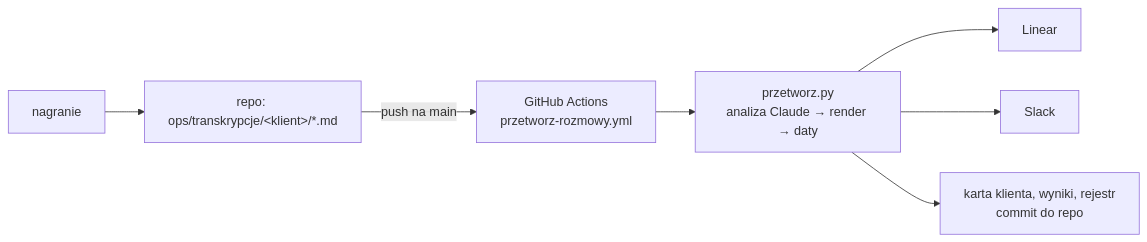
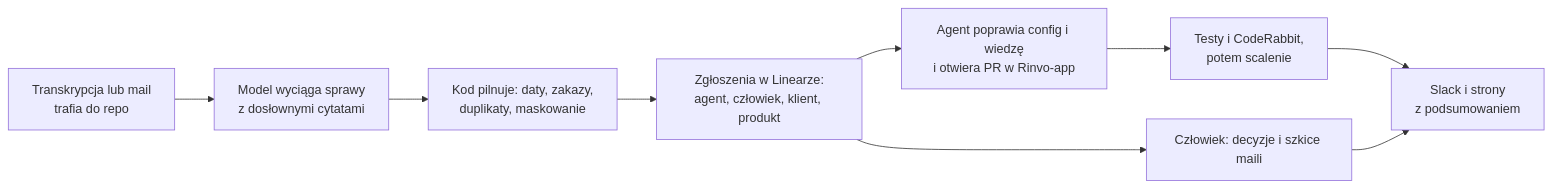
Before and after one commit to Rembolekk/Rinvo: the diagram in README.md, drawn with Mermaid. The commit also changed other lines of this file and 9 other files, not shown here.

````diff
--- a/README.md
+++ b/README.md
@@ -221,9 +10,11 @@
 ```mermaid
 flowchart LR
-    A[nagranie] --> B[repo: ops/transkrypcje/&lt;klient&gt;/*.md]
-    B -->|push na main| C[GitHub Actions<br/>przetworz-rozmowy.yml]
-    C --> D["przetworz.py<br/>analiza Claude → render → daty"]
-    D --> E[Linear]
-    D --> F[Slack]
-    D --> G[karta klienta, wyniki, rejestr<br/>commit do repo]
+    A[Transkrypcja lub mail<br/>trafia do repo] --> B[Model wyciąga sprawy<br/>z dosłownymi cytatami]
+    B --> C[Kod pilnuje: daty, zakazy,<br/>duplikaty, maskowanie]
+    C --> D[Zgłoszenia w Linearze:<br/>agent, człowiek, klient, produkt]
+    D --> E[Agent poprawia config i wiedzę<br/>i otwiera PR w Rinvo-app]
+    E --> F[Testy i CodeRabbit,<br/>potem scalenie]
+    D --> G[Człowiek: decyzje i szkice maili]
+    F --> H[Slack i strony<br/>z podsumowaniem]
+    G --> H
 ```
````
